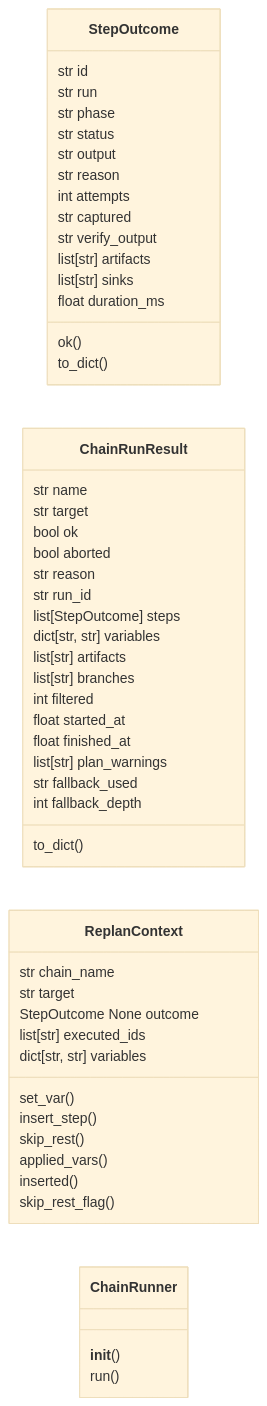
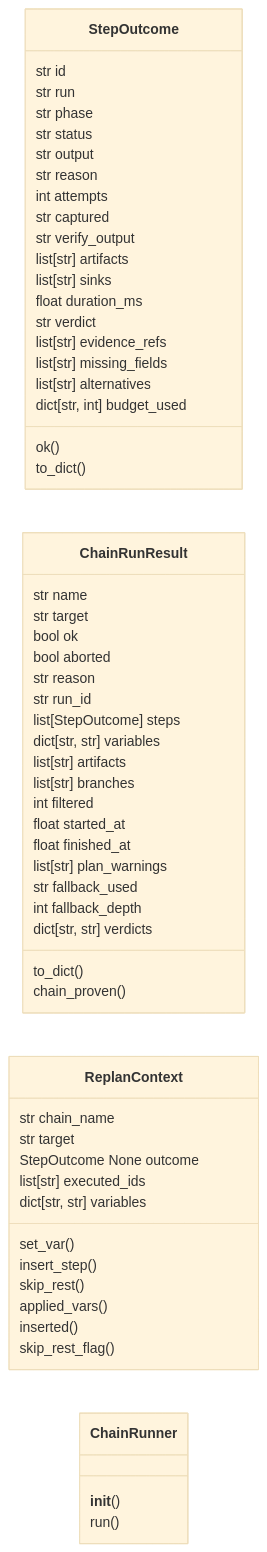
Before and after one commit to grisuno/LazyOwn: the first of 2 diagrams in readmenator-apidocs/modules/modules.chain_runner.py.md, drawn with Mermaid (base theme). The commit also changed other lines of this file and 292 other files, not shown here.

````diff
--- a/readmenator-apidocs/modules/modules.chain_runner.py.md
+++ b/readmenator-apidocs/modules/modules.chain_runner.py.md
@@ -23,52 +23,59 @@
 ```mermaid
 classDiagram
     direction LR
     class StepOutcome
     StepOutcome : str id
     StepOutcome : str run
     StepOutcome : str phase
     StepOutcome : str status
     StepOutcome : str output
     StepOutcome : str reason
     StepOutcome : int attempts
     StepOutcome : str captured
     StepOutcome : str verify_output
     StepOutcome : list[str] artifacts
     StepOutcome : list[str] sinks
     StepOutcome : float duration_ms
+    StepOutcome : str verdict
+    StepOutcome : list[str] evidence_refs
+    StepOutcome : list[str] missing_fields
+    StepOutcome : list[str] alternatives
+    StepOutcome : dict[str, int] budget_used
     StepOutcome : ok()
     StepOutcome : to_dict()
     class ChainRunResult
     ChainRunResult : str name
     ChainRunResult : str target
     ChainRunResult : bool ok
     ChainRunResult : bool aborted
     ChainRunResult : str reason
     ChainRunResult : str run_id
     ChainRunResult : list[StepOutcome] steps
     ChainRunResult : dict[str, str] variables
     ChainRunResult : list[str] artifacts
     ChainRunResult : list[str] branches
     ChainRunResult : int filtered
     ChainRunResult : float started_at
     ChainRunResult : float finished_at
     ChainRunResult : list[str] plan_warnings
     ChainRunResult : str fallback_used
     ChainRunResult : int fallback_depth
+    ChainRunResult : dict[str, str] verdicts
     ChainRunResult : to_dict()
+    ChainRunResult : chain_proven()
     class ReplanContext
     ReplanContext : str chain_name
     ReplanContext : str target
     ReplanContext : StepOutcome  None outcome
     ReplanContext : list[str] executed_ids
     ReplanContext : dict[str, str] variables
     ReplanContext : set_var()
     ReplanContext : insert_step()
     ReplanContext : skip_rest()
     ReplanContext : applied_vars()
     ReplanContext : inserted()
     ReplanContext : skip_rest_flag()
     class ChainRunner
     ChainRunner : __init__()
     ChainRunner : run()
 ```
````
